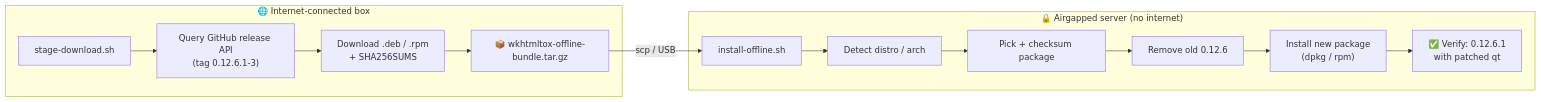
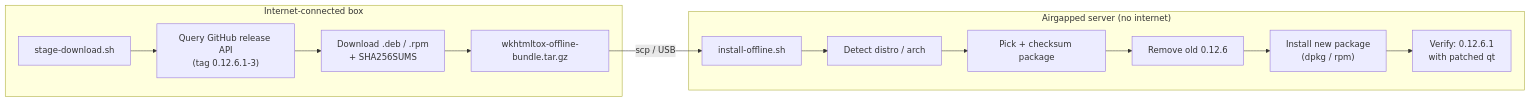
The diagram in README.md (shawkialaddin/offline-wkhtmltopdf-patched-qt), drawn with Mermaid before and after one commit.

Commit message:
docs: remove icons from How it works diagram

````diff
--- a/README.md
+++ b/README.md
@@ -47,18 +47,18 @@
 ```mermaid
 flowchart LR
-    subgraph ONLINE["🌐 Internet-connected box"]
+    subgraph ONLINE["Internet-connected box"]
         A["stage-download.sh"] --> B["Query GitHub release API<br/>(tag 0.12.6.1-3)"]
         B --> C["Download .deb / .rpm<br/>+ SHA256SUMS"]
-        C --> D["📦 wkhtmltox-offline-bundle.tar.gz"]
+        C --> D["wkhtmltox-offline-bundle.tar.gz"]
     end
 
     D -->|"scp / USB"| E
 
-    subgraph AIRGAP["🔒 Airgapped server (no internet)"]
+    subgraph AIRGAP["Airgapped server (no internet)"]
         E["install-offline.sh"] --> F["Detect distro / arch"]
         F --> G["Pick + checksum package"]
         G --> H["Remove old 0.12.6"]
         H --> I["Install new package<br/>(dpkg / rpm)"]
-        I --> J["✅ Verify: 0.12.6.1<br/>with patched qt"]
+        I --> J["Verify: 0.12.6.1<br/>with patched qt"]
     end
 ```
````
